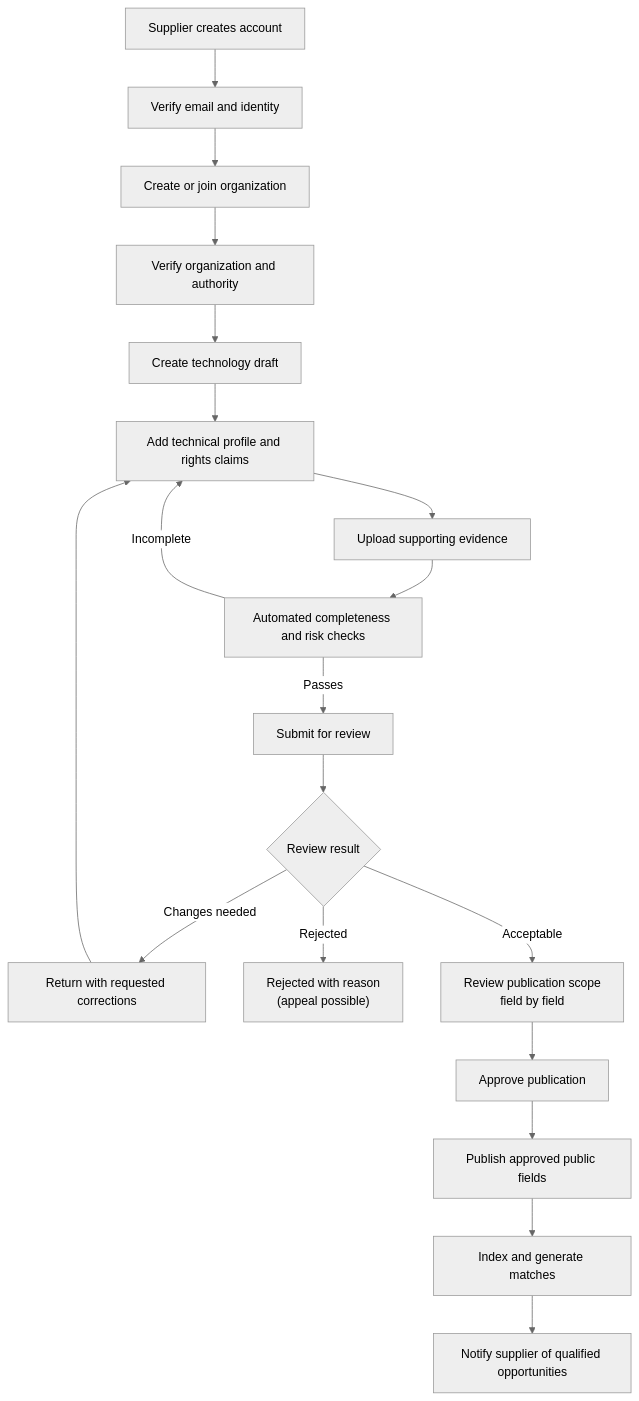
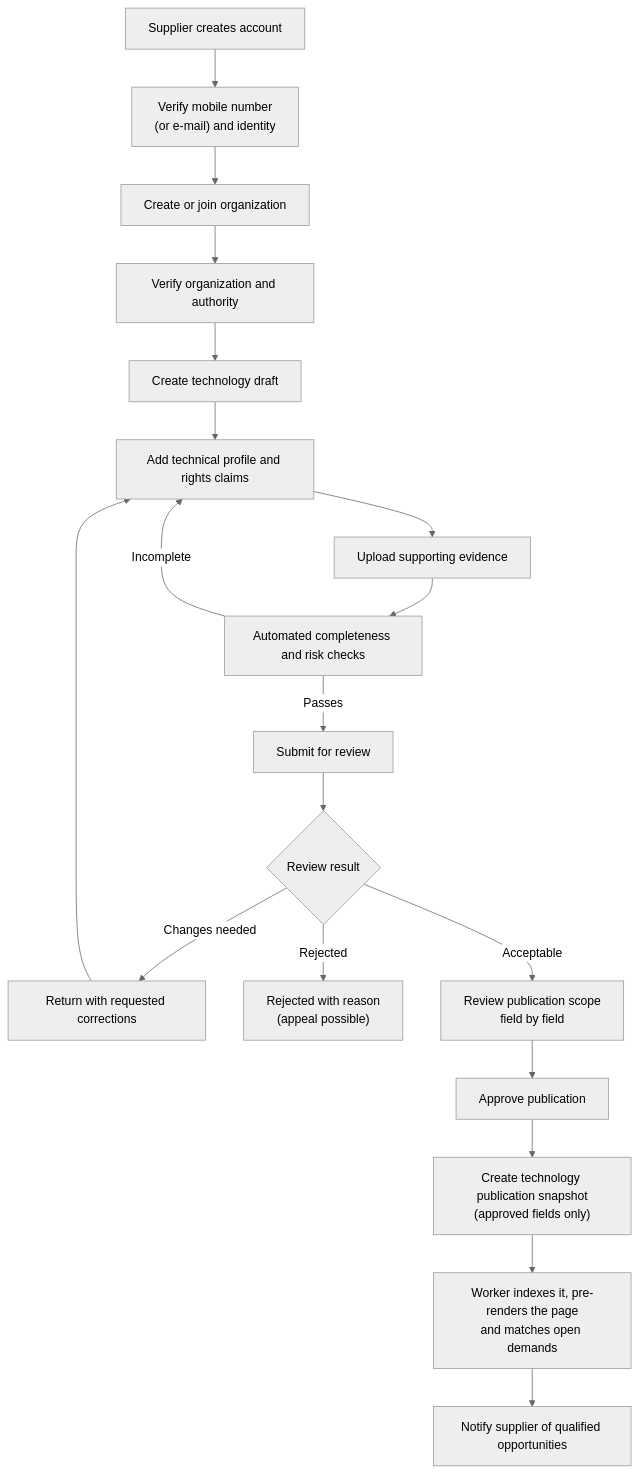
The sixth of 21 diagrams in 05-system-design-blueprint.md (greensoft-atom/tex-platform), drawn with Mermaid (neutral theme) before and after one commit. The commit also changed other lines of this file and 615 other files, not shown here.

````diff
--- a/05-system-design-blueprint.md
+++ b/05-system-design-blueprint.md
@@ -420,21 +476,21 @@
 ```mermaid
 flowchart TD
-    A["Supplier creates account"] --> B["Verify email and identity"]
+    A["Supplier creates account"] --> B["Verify mobile number<br/>(or e-mail) and identity"]
     B --> C["Create or join organization"]
     C --> D["Verify organization and authority"]
     D --> E["Create technology draft"]
     E --> F["Add technical profile and rights claims"]
     F --> G["Upload supporting evidence"]
     G --> H["Automated completeness and risk checks"]
     H -->|"Incomplete"| F
     H -->|"Passes"| I["Submit for review"]
     I --> J{"Review result"}
     J -->|"Changes needed"| K["Return with requested corrections"]
     K --> F
     J -->|"Rejected"| R["Rejected with reason<br/>(appeal possible)"]
     J -->|"Acceptable"| L["Review publication scope<br/>field by field"]
     L --> M["Approve publication"]
-    M --> N["Publish approved public fields"]
-    N --> O["Index and generate matches"]
+    M --> N["Create technology publication snapshot<br/>(approved fields only)"]
+    N --> O["Worker indexes it, pre-renders the page<br/>and matches open demands"]
     O --> P["Notify supplier of qualified opportunities"]
 ```
````
